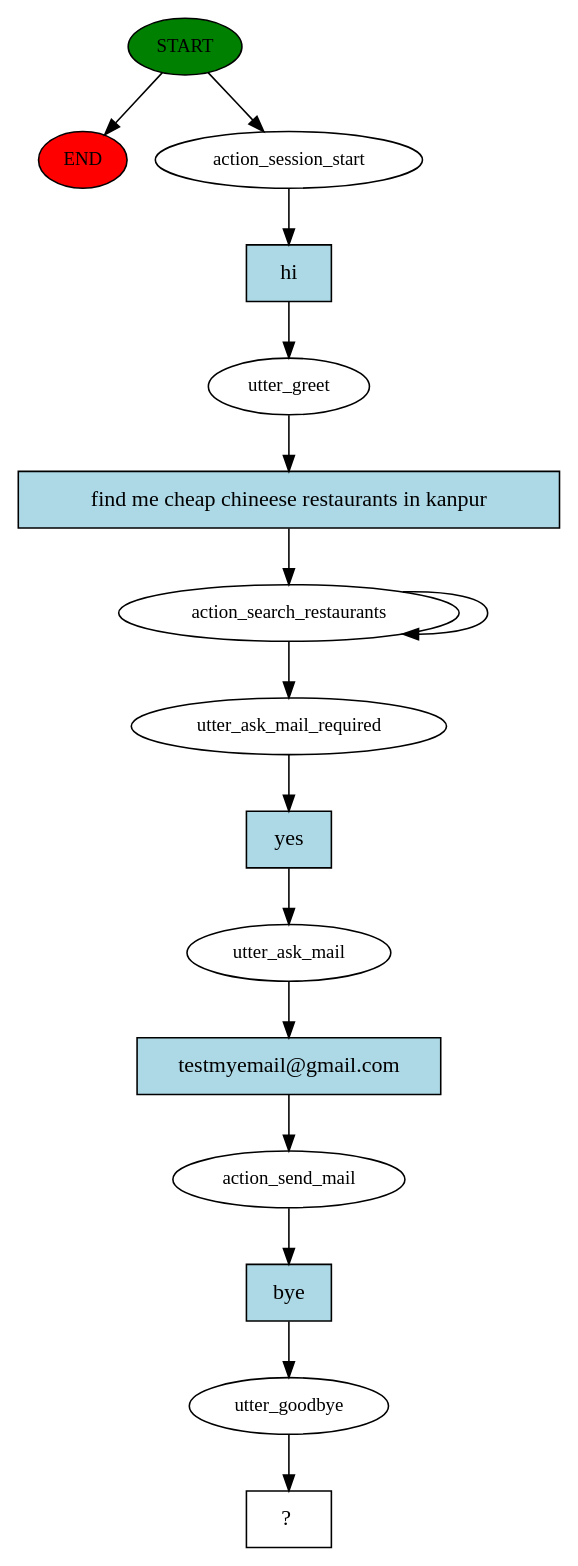
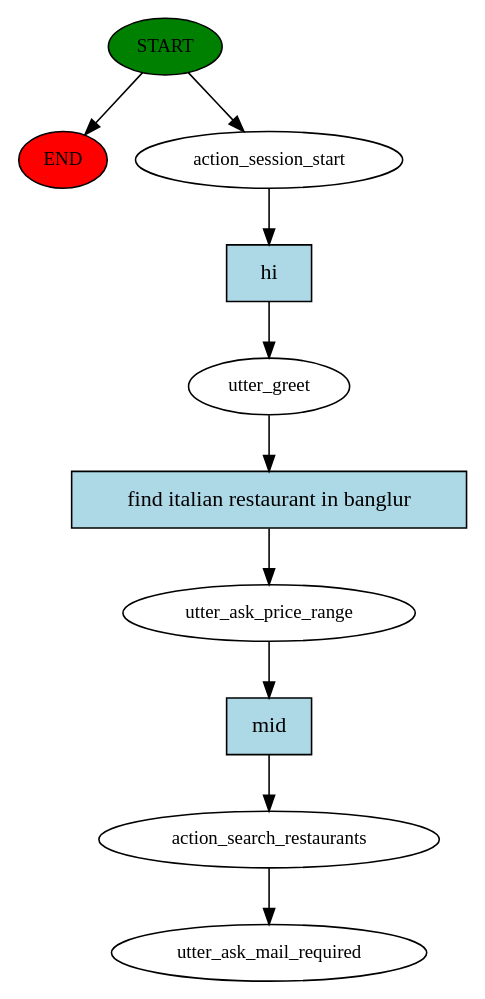
Before and after one commit to rushabh5897/NLP-ChatBot: the diagram in story_graph.dot, drawn with Graphviz. The commit also changed 14 other files, not shown here.

```diff
--- a/story_graph.dot
+++ b/story_graph.dot
@@ -1,32 +1,21 @@
 digraph  {
 0 [class="start active", fillcolor=green, fontsize=12, label=START, style=filled];
 "-1" [class=end, fillcolor=red, fontsize=12, label=END, style=filled];
 1 [class=active, fontsize=12, label=action_session_start];
 2 [class=active, fontsize=12, label=utter_greet];
-3 [class=active, fontsize=12, label=action_search_restaurants];
-5 [class=active, fontsize=12, label=utter_ask_mail_required];
-6 [class=active, fontsize=12, label=utter_ask_mail];
-7 [class=active, fontsize=12, label=action_send_mail];
-8 [class=active, fontsize=12, label=utter_goodbye];
-9 [class="intent dashed active", label="  ?  ", shape=rect];
-10 [class="intent active", fillcolor=lightblue, label=hi, shape=rect, style=filled];
-11 [class="intent active", fillcolor=lightblue, label="find me cheap chineese restaurants in kanpur", shape=rect, style=filled];
-12 [class="intent active", fillcolor=lightblue, label=yes, shape=rect, style=filled];
-13 [class="intent active", fillcolor=lightblue, label="testmyemail@gmail.com", shape=rect, style=filled];
-14 [class="intent active", fillcolor=lightblue, label=bye, shape=rect, style=filled];
+3 [class=active, fontsize=12, label=utter_ask_price_range];
+4 [class=active, fontsize=12, label=action_search_restaurants];
+5 [class="dashed active", fontsize=12, label=utter_ask_mail_required];
+6 [class="intent active", fillcolor=lightblue, label=hi, shape=rect, style=filled];
+7 [class="intent active", fillcolor=lightblue, label="find italian restaurant in banglur", shape=rect, style=filled];
+8 [class="intent active", fillcolor=lightblue, label=mid, shape=rect, style=filled];
 0 -> "-1"  [class="", key=NONE, label=""];
 0 -> 1  [class=active, key=NONE, label=""];
-1 -> 10  [class=active, key=0];
-2 -> 11  [class=active, key=0];
-3 -> 5  [class=active, key=NONE, label=""];
-3 -> 3  [class=active, key=NONE, label=""];
-5 -> 12  [class=active, key=0];
-6 -> 13  [class=active, key=0];
-7 -> 14  [class=active, key=0];
-8 -> 9  [class=active, key=NONE, label=""];
-10 -> 2  [class=active, key=0];
-11 -> 3  [class=active, key=0];
-12 -> 6  [class=active, key=0];
-13 -> 7  [class=active, key=0];
-14 -> 8  [class=active, key=0];
+1 -> 6  [class=active, key=0];
+2 -> 7  [class=active, key=0];
+3 -> 8  [class=active, key=0];
+4 -> 5  [class=active, key=NONE, label=""];
+6 -> 2  [class=active, key=0];
+7 -> 3  [class=active, key=0];
+8 -> 4  [class=active, key=0];
 }
```
